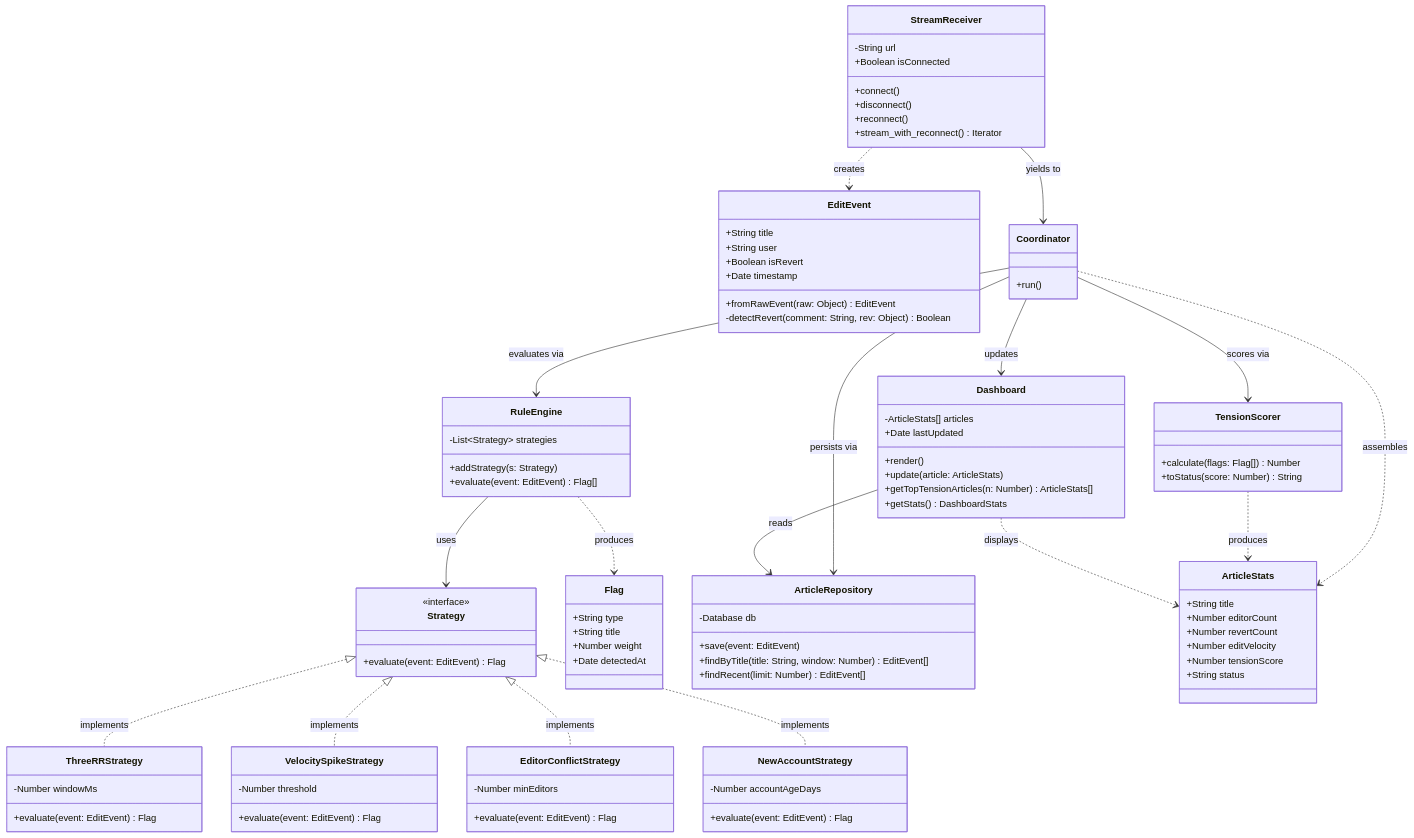
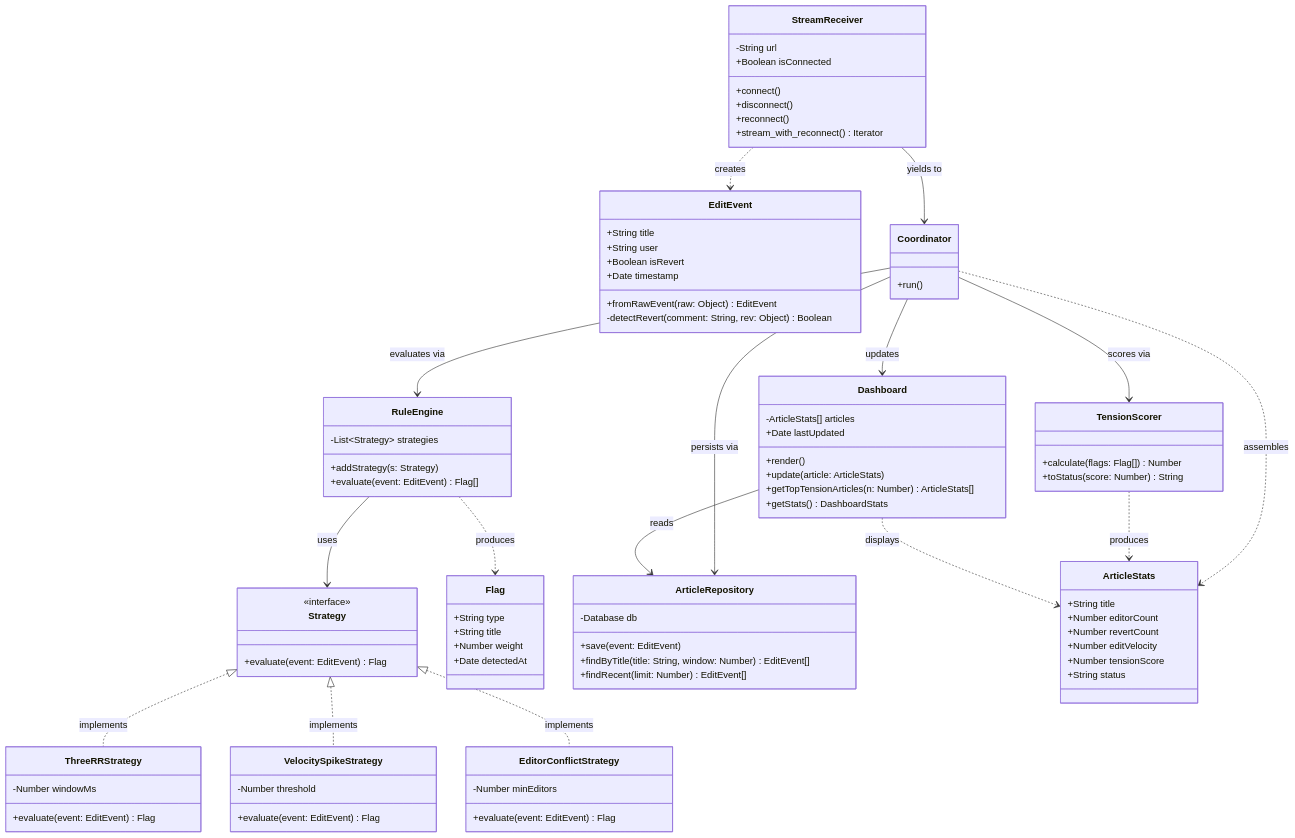
One commit to seojeongm/wikiKI changed the diagram in docs/design/class-diagram.md. Above: the diagram before and after it, drawn with Mermaid.

Commit message:
fix: remove NewAccountStrategy from class diagram

```diff
--- a/docs/design/class-diagram.md
+++ b/docs/design/class-diagram.md
@@ -43,11 +43,6 @@
 
     class EditorConflictStrategy {
         -Number minEditors
-        +evaluate(event: EditEvent) Flag
-    }
-
-    class NewAccountStrategy {
-        -Number accountAgeDays
         +evaluate(event: EditEvent) Flag
     }
 
@@ -103,7 +98,6 @@
     Strategy <|.. ThreeRRStrategy : implements
     Strategy <|.. VelocitySpikeStrategy : implements
     Strategy <|.. EditorConflictStrategy : implements
-    Strategy <|.. NewAccountStrategy : implements
     RuleEngine ..> Flag : produces
     TensionScorer ..> ArticleStats : produces
     Dashboard --> ArticleRepository : reads
```
